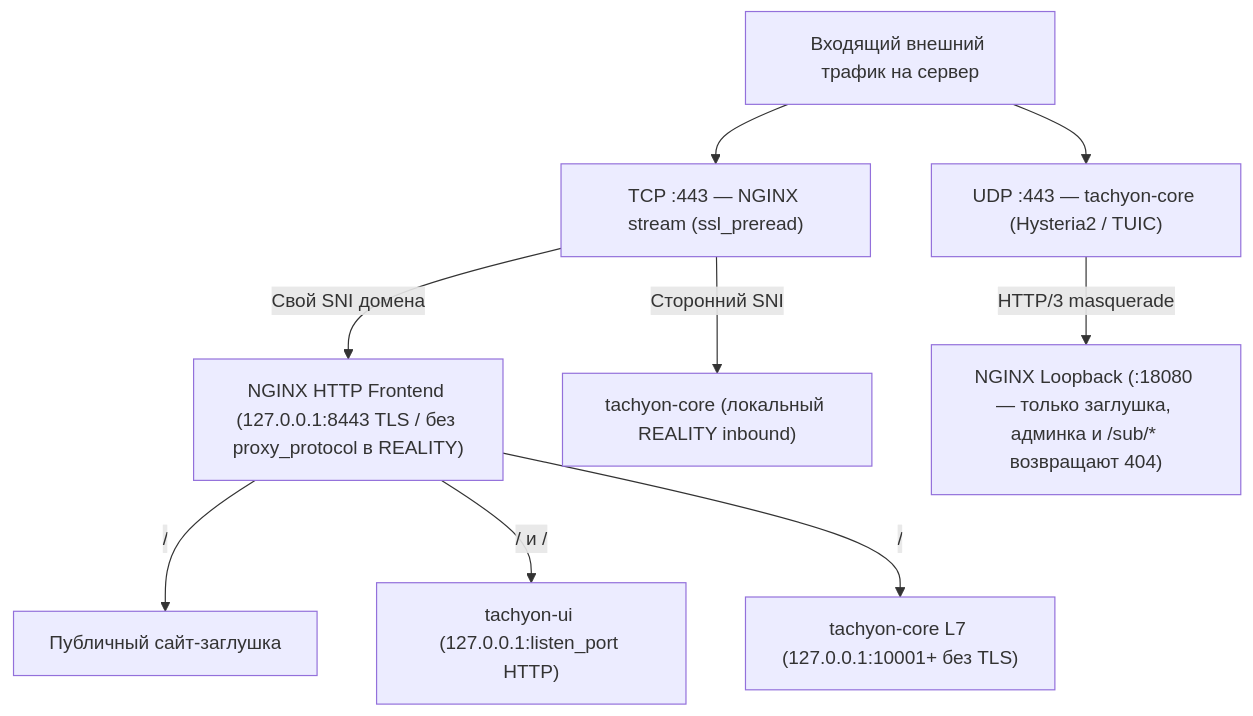
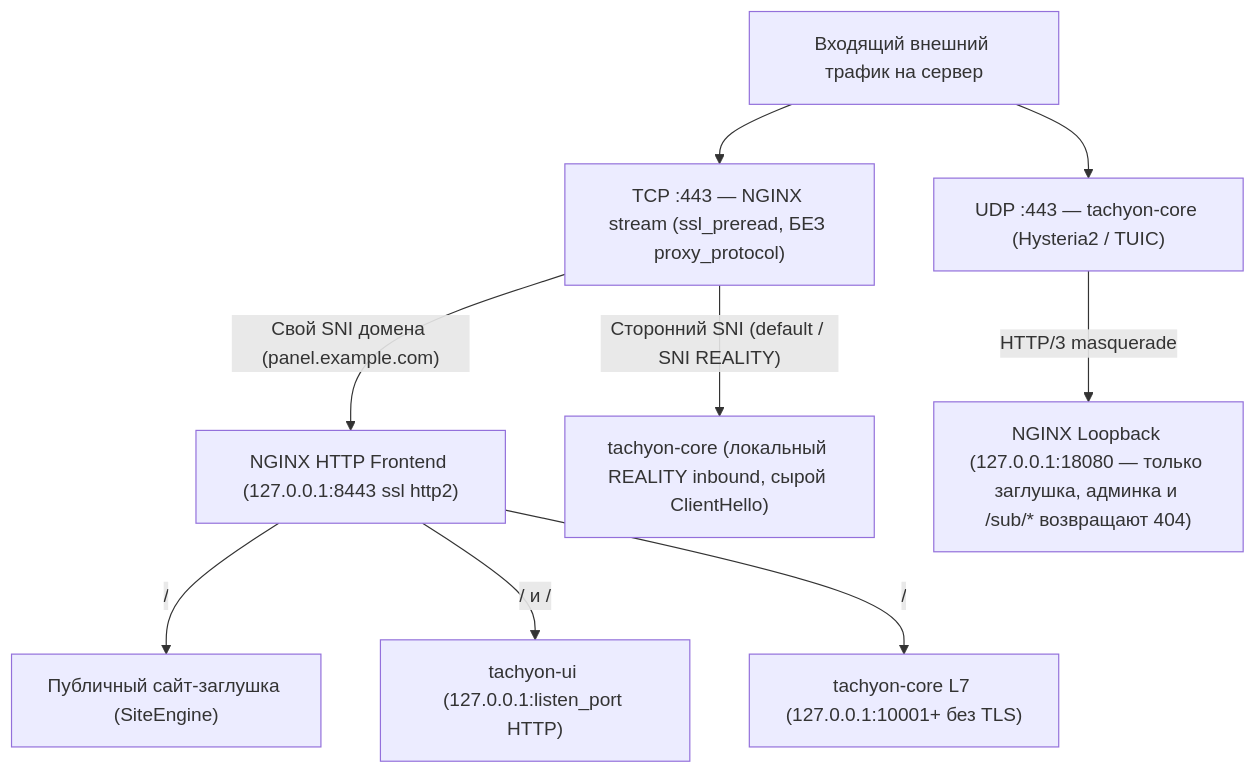
Before and after one commit to Dushnilin/tachyon-ui-docs: the second of 2 diagrams in docs/ru/02-stealth-web-domain-tls.md, drawn with Mermaid. The commit also changed other lines of this file and 261 other files, not shown here.

````diff
--- a/docs/ru/02-stealth-web-domain-tls.md
+++ b/docs/ru/02-stealth-web-domain-tls.md
@@ -84,11 +86,11 @@
 ```mermaid
 flowchart TD
-    EXT["Входящий внешний трафик на сервер"] --> TCP443["TCP :443 — NGINX stream (ssl_preread)"]
+    EXT["Входящий внешний трафик на сервер"] --> TCP443["TCP :443 — NGINX stream (ssl_preread, БЕЗ proxy_protocol)"]
     EXT --> UDP443["UDP :443 — tachyon-core (Hysteria2 / TUIC)"]
-    TCP443 -->|"Свой SNI домена"| NGINX_HTTP["NGINX HTTP Frontend (127.0.0.1:8443 TLS / без proxy_protocol в REALITY)"]
-    TCP443 -->|"Сторонний SNI"| CORE_REALITY["tachyon-core (локальный REALITY inbound)"]
-    NGINX_HTTP -->|"/"| DECOY["Публичный сайт-заглушка"]
+    TCP443 -->|"Свой SNI домена (panel.example.com)"| NGINX_HTTP["NGINX HTTP Frontend (127.0.0.1:8443 ssl http2)"]
+    TCP443 -->|"Сторонний SNI (default / SNI REALITY)"| CORE_REALITY["tachyon-core (локальный REALITY inbound, сырой ClientHello)"]
+    NGINX_HTTP -->|"/"| DECOY["Публичный сайт-заглушка (SiteEngine)"]
     NGINX_HTTP -->|"/<web_base_path> и /<sub_path>"| PANEL_LOCAL["tachyon-ui (127.0.0.1:listen_port HTTP)"]
     NGINX_HTTP -->|"/<ws|grpc|xhttp|httpupgrade>"| CORE_L7["tachyon-core L7 (127.0.0.1:10001+ без TLS)"]
-    UDP443 -->|"HTTP/3 masquerade"| MASQ["NGINX Loopback (:18080 — только заглушка, админка и /sub/* возвращают 404)"]
+    UDP443 -->|"HTTP/3 masquerade"| MASQ["NGINX Loopback (127.0.0.1:18080 — только заглушка, админка и /sub/* возвращают 404)"]
 ```
````
